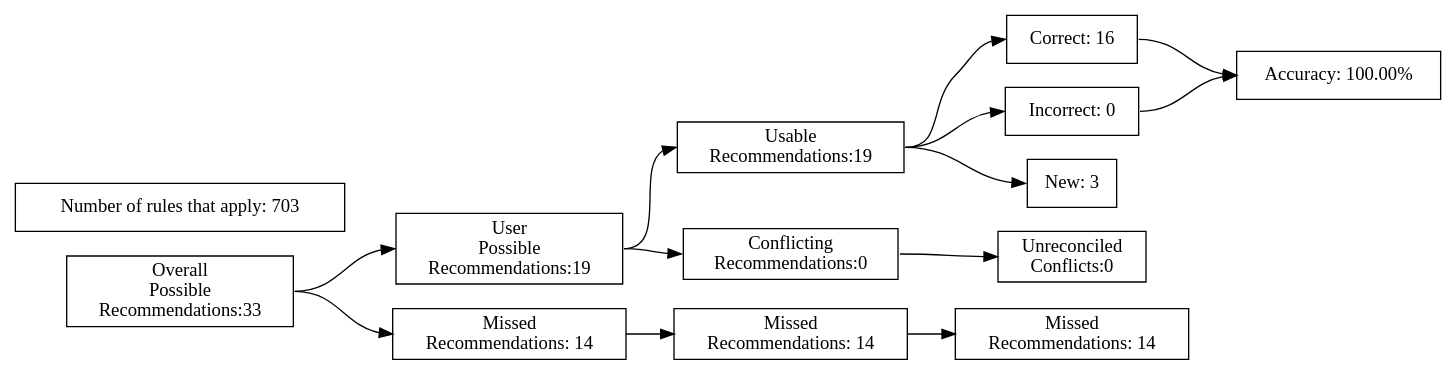
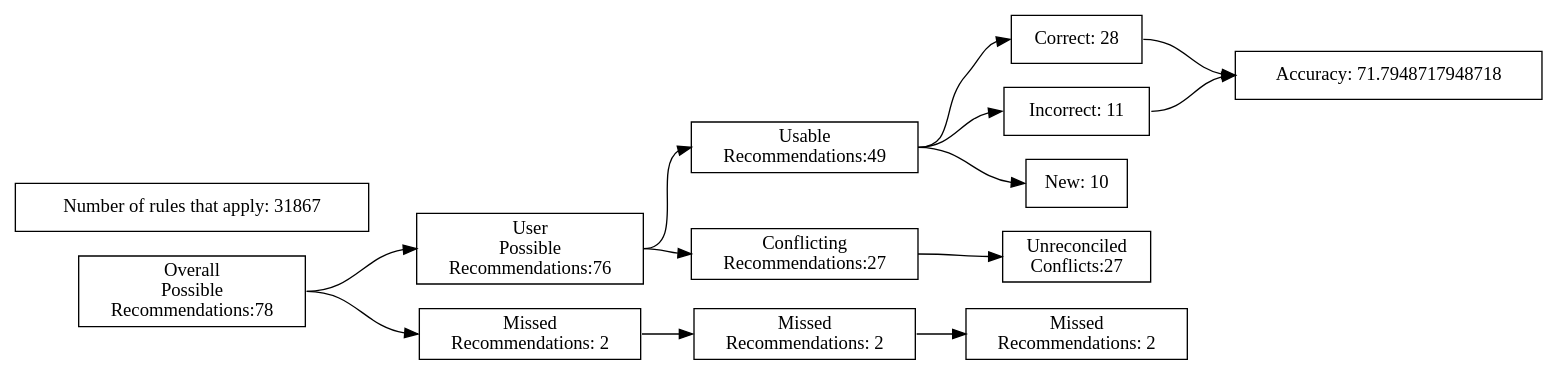
One commit to ZaxR/ibd_diet_analysis changed the diagram in test_renders/10.gv. Above: the diagram before and after it, drawn with Graphviz. The commit also changed 231 other files, not shown here.

```diff
--- a/test_renders/10.gv
+++ b/test_renders/10.gv
@@ -1,40 +1,40 @@
 digraph {
 	graph [rankdir=LR]
 	node [pos=r shape=box]
 	edge [headport=w tailport=e]
 		A [label="Overall
 Possible
-Recommendations:33"]
+Recommendations:78"]
 		B [label="User
 Possible
-Recommendations:19"]
+Recommendations:76"]
 		C [label="Missed
-Recommendations: 14"]
+Recommendations: 2"]
 		D [label="Usable
-Recommendations:19"]
+Recommendations:49"]
 		E [label="Conflicting
-Recommendations:0"]
+Recommendations:27"]
 		J [label="Missed
-Recommendations: 14"]
+Recommendations: 2"]
 		M [label="Unreconciled
-Conflicts:0"]
-		F [label="Correct: 16"]
-		G [label="Incorrect: 0"]
-		H [label="New: 3"]
+Conflicts:27"]
+		F [label="Correct: 28"]
+		G [label="Incorrect: 11"]
+		H [label="New: 10"]
 		K [label="Missed
-Recommendations: 14"]
-		I [label="Accuracy: 100.00%"]
-		l [label="Number of rules that apply: 703"]
+Recommendations: 2"]
+		I [label="Accuracy: 71.7948717948718"]
+		l [label="Number of rules that apply: 31867"]
 			A -> B
 			A -> C
 			B -> D
 			B -> E
 			D -> F
 			D -> G
 			D -> H
 			F -> I
 			G -> I
 			C -> J
 			J -> K
 			E -> M
 }
```
